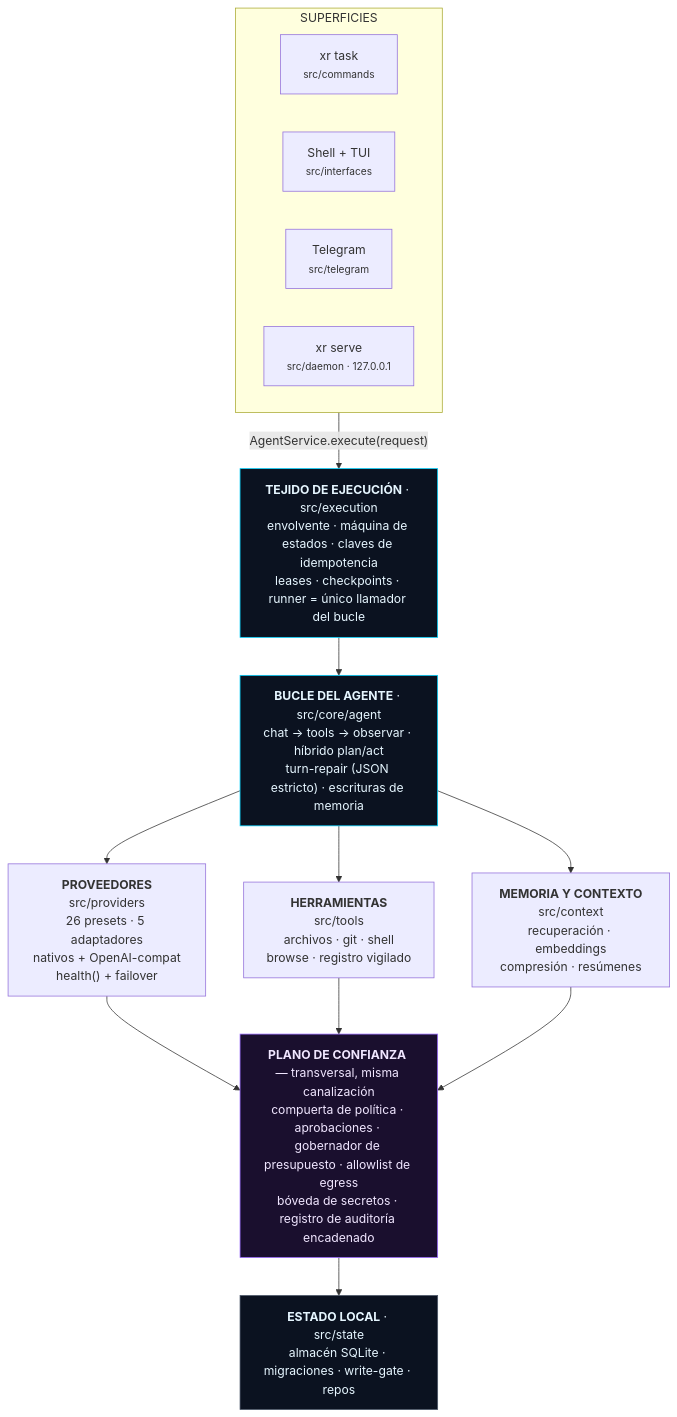
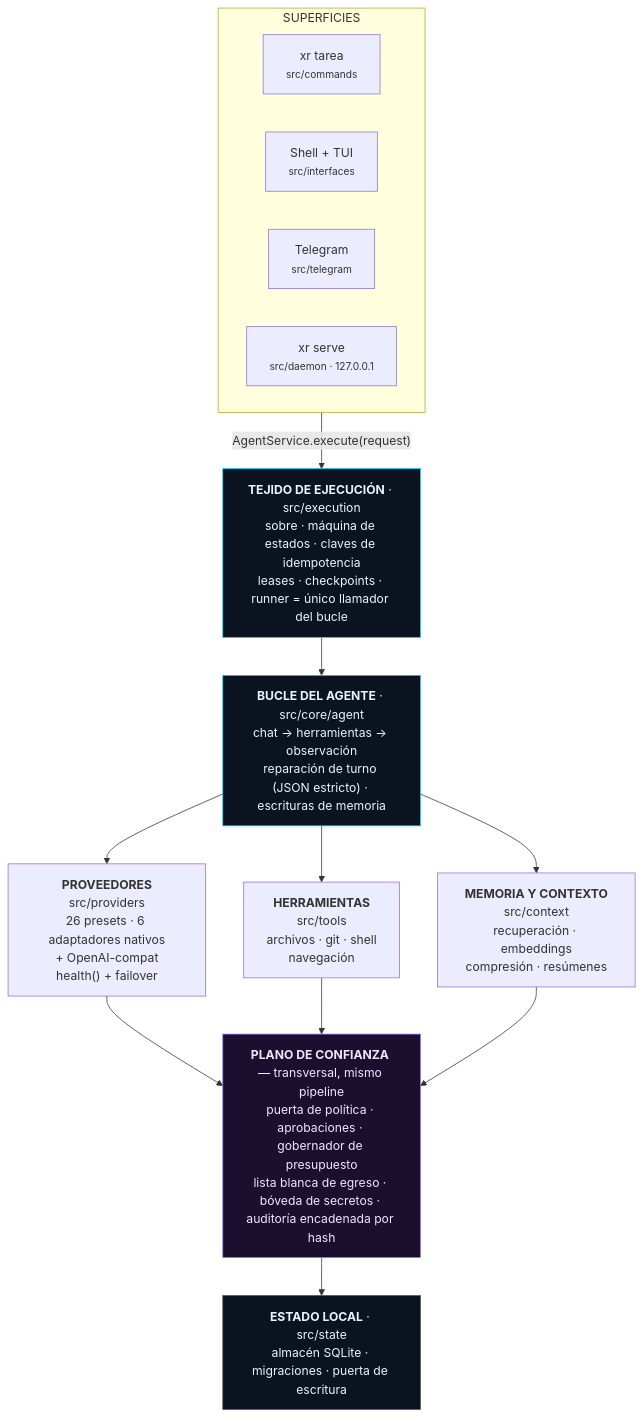
The first of 2 diagrams in README-es.md (ahmadrrrtx/xr), drawn with Mermaid before and after one commit. The commit also changed other lines of this file and 8 other files, not shown here.

````diff
--- a/README-es.md
+++ b/README-es.md
@@ -123,31 +139,31 @@
 ```mermaid
 flowchart TB
     subgraph S["SUPERFICIES"]
         direction LR
-        CLI["xr task<br/><small>src/commands</small>"]
+        CLI["xr tarea<br/><small>src/commands</small>"]
         SH["Shell + TUI<br/><small>src/interfaces</small>"]
         TG["Telegram<br/><small>src/telegram</small>"]
         DA["xr serve<br/><small>src/daemon · 127.0.0.1</small>"]
     end
 
     S -->|"AgentService.execute(request)"| EX
 
-    EX["<b>TEJIDO DE EJECUCIÓN</b> · src/execution<br/>envolvente · máquina de estados · claves de idempotencia<br/>leases · checkpoints · runner = único llamador del bucle"]
-    EX --> LOOP["<b>BUCLE DEL AGENTE</b> · src/core/agent<br/>chat → tools → observar · híbrido plan/act<br/>turn-repair (JSON estricto) · escrituras de memoria"]
+    EX["<b>TEJIDO DE EJECUCIÓN</b> · src/execution<br/>sobre · máquina de estados · claves de idempotencia<br/>leases · checkpoints · runner = único llamador del bucle"]
+    EX --> LOOP["<b>BUCLE DEL AGENTE</b> · src/core/agent<br/>chat → herramientas → observación<br/>reparación de turno (JSON estricto) · escrituras de memoria"]
 
-    LOOP --> PR["<b>PROVEEDORES</b><br/>src/providers<br/>26 presets · 5 adaptadores<br/>nativos + OpenAI-compat<br/>health() + failover"]
-    LOOP --> TL["<b>HERRAMIENTAS</b><br/>src/tools<br/>archivos · git · shell<br/>browse · registro vigilado"]
+    LOOP --> PR["<b>PROVEEDORES</b><br/>src/providers<br/>26 presets · 6 adaptadores nativos<br/>+ OpenAI-compat<br/>health() + failover"]
+    LOOP --> TL["<b>HERRAMIENTAS</b><br/>src/tools<br/>archivos · git · shell<br/>navegación"]
     LOOP --> ME["<b>MEMORIA Y CONTEXTO</b><br/>src/context<br/>recuperación · embeddings<br/>compresión · resúmenes"]
 
     PR --> TP
     TL --> TP
     ME --> TP
 
-    TP["<b>PLANO DE CONFIANZA</b> — transversal, misma canalización<br/>compuerta de política · aprobaciones · gobernador de presupuesto · allowlist de egress<br/>bóveda de secretos · registro de auditoría encadenado"]
-    TP --> ST["<b>ESTADO LOCAL</b> · src/state<br/>almacén SQLite · migraciones · write-gate · repos"]
+    TP["<b>PLANO DE CONFIANZA</b> — transversal, mismo pipeline<br/>puerta de política · aprobaciones · gobernador de presupuesto<br/>lista blanca de egreso · bóveda de secretos · auditoría encadenada por hash"]
+    TP --> ST["<b>ESTADO LOCAL</b> · src/state<br/>almacén SQLite · migraciones · puerta de escritura"]
 
     style EX fill:#0b1220,stroke:#00d2ff,color:#e6f6ff
     style LOOP fill:#0b1220,stroke:#00d2ff,color:#e6f6ff
     style TP fill:#1a0f2e,stroke:#9a6bff,color:#f0e6ff
     style ST fill:#0b1220,stroke:#4a5568,color:#e6f6ff
 ```
````
